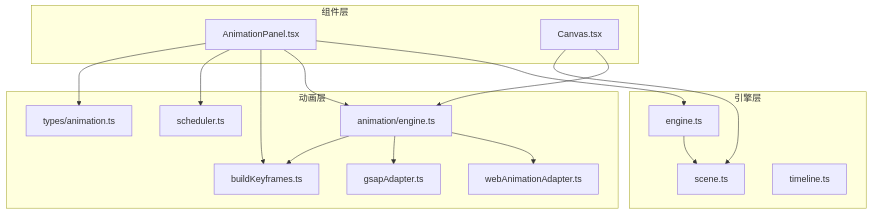
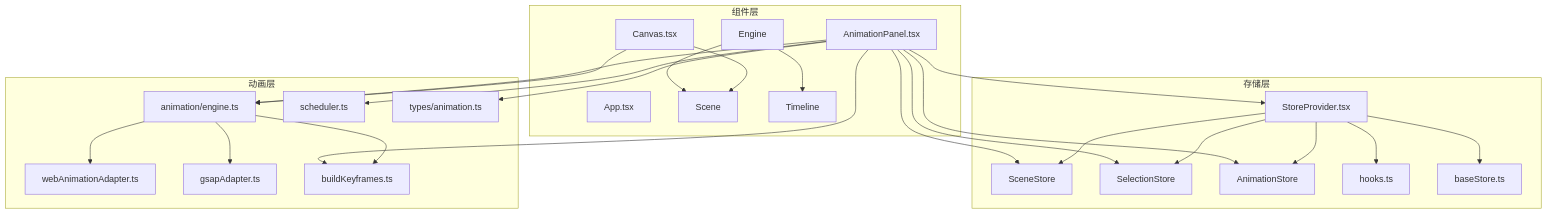
Before and after one commit to Anna0314zy/ai_editor_enginer: the first of 3 diagrams in .qoder/repowiki/zh/content/UI组件系统/动画面板 (AnimationPanel).md, drawn with Mermaid. The commit also changed other lines of this file and 17 other files, not shown here.

````diff
--- a/.qoder/repowiki/zh/content/UI组件系统/动画面板 (AnimationPanel).md
+++ b/.qoder/repowiki/zh/content/UI组件系统/动画面板 (AnimationPanel).md
@@ -41,31 +58,45 @@
 ```mermaid
 graph TB
 subgraph "组件层"
 AP["AnimationPanel.tsx"]
 CANVAS["Canvas.tsx"]
+APP["App.tsx"]
+END["Engine"]
+END --> SCN["Scene"]
+END --> TL["Timeline"]
 end
-subgraph "引擎层"
-ENG["engine.ts"]
-SCN["scene.ts"]
-TL["timeline.ts"]
+subgraph "存储层"
+SP["StoreProvider.tsx"]
+SS["SceneStore"]
+SEL["SelectionStore"]
+AS["AnimationStore"]
+HOOKS["hooks.ts"]
+BASE["baseStore.ts"]
 end
 subgraph "动画层"
 AE["animation/engine.ts"]
 AD_WA["webAnimationAdapter.ts"]
 AD_GS["gsapAdapter.ts"]
 BK["buildKeyframes.ts"]
 SCH["scheduler.ts"]
 TYP["types/animation.ts"]
 end
-AP --> ENG
+AP --> SP
+AP --> SS
+AP --> SEL
+AP --> AS
+SP --> SS
+SP --> SEL
+SP --> AS
+SP --> HOOKS
+SP --> BASE
 AP --> AE
 AP --> BK
 AP --> SCH
 AP --> TYP
 CANVAS --> AE
 CANVAS --> SCN
-ENG --> SCN
 AE --> AD_WA
 AE --> AD_GS
 AE --> BK
 ```
````
